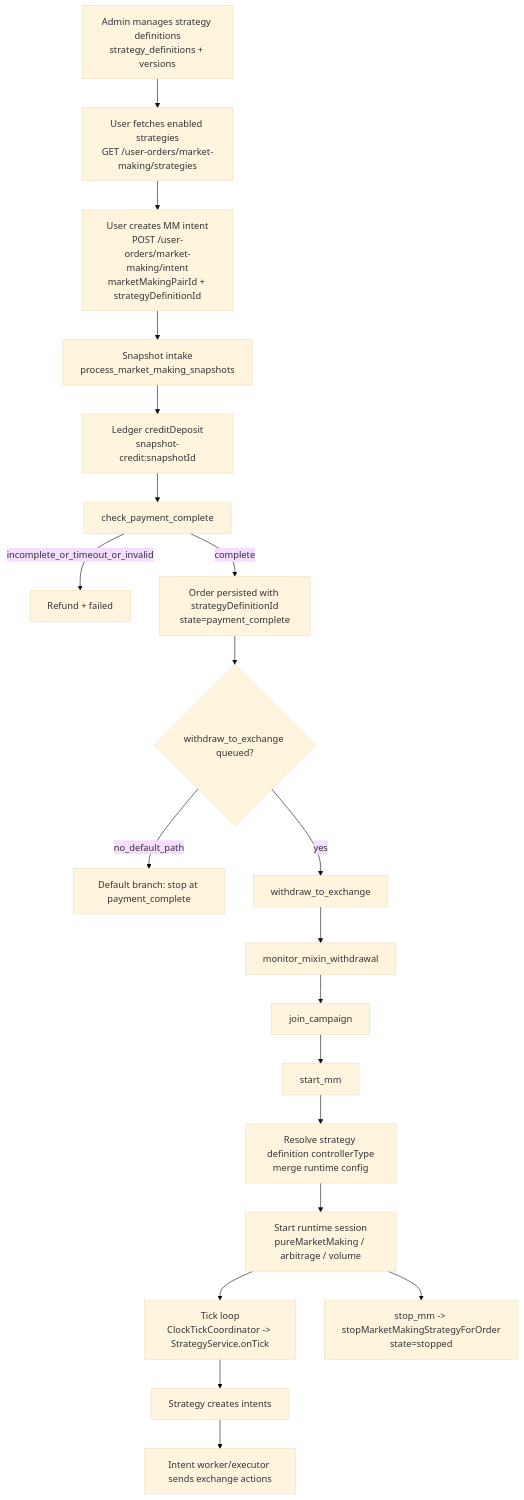
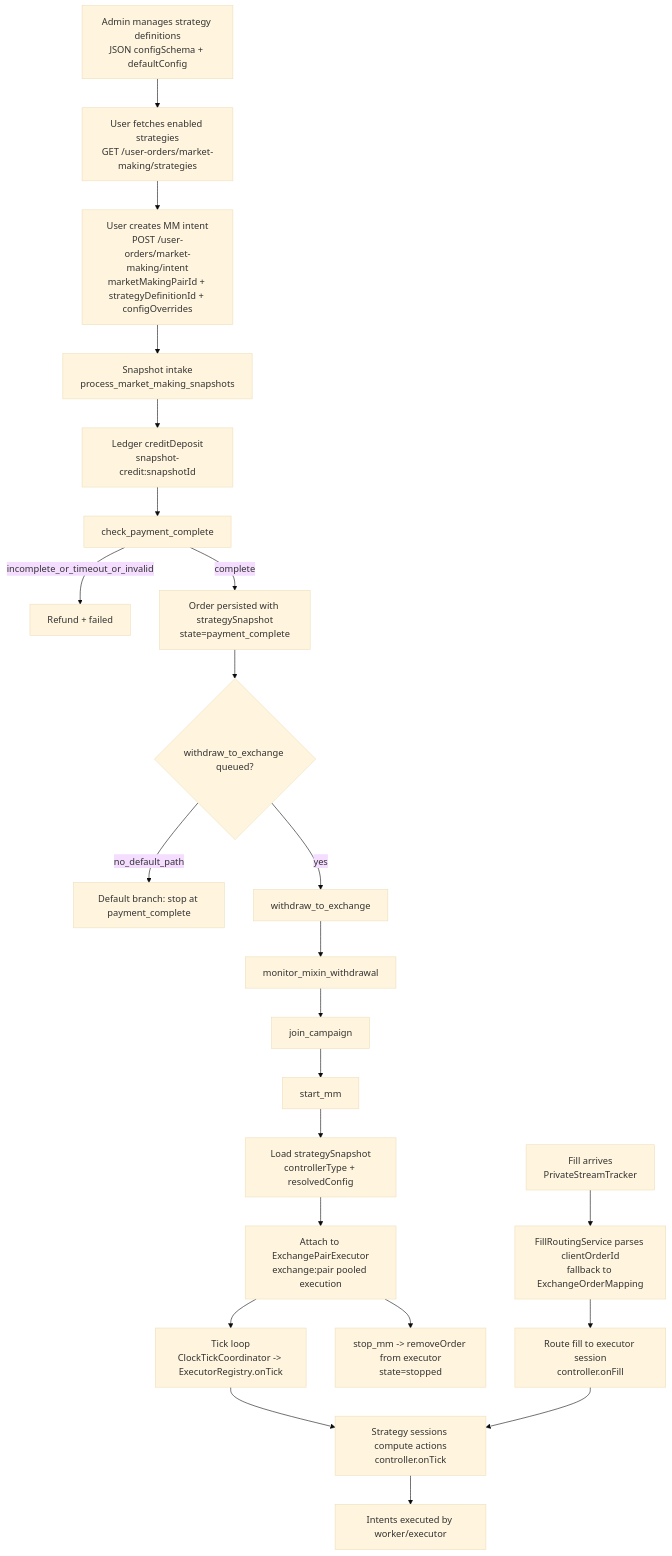
Before and after one commit to zed-wong/Mr.Market: the diagram in docs/execution/flow/MARKET_MAKING_FLOW.md, drawn with Mermaid (base theme). The commit also changed other lines of this file and 6 other files, not shown here.

Commit message:
docs(server): sync pooled executor runtime docs

````diff
--- a/docs/execution/flow/MARKET_MAKING_FLOW.md
+++ b/docs/execution/flow/MARKET_MAKING_FLOW.md
@@ -31,43 +48,49 @@
 ```mermaid
 flowchart TD
-  A[Admin manages strategy definitions<br/>strategy_definitions + versions]
+  A[Admin manages strategy definitions<br/>JSON configSchema + defaultConfig]
   B[User fetches enabled strategies<br/>GET /user-orders/market-making/strategies]
-  C[User creates MM intent<br/>POST /user-orders/market-making/intent<br/>marketMakingPairId + strategyDefinitionId]
+  C[User creates MM intent<br/>POST /user-orders/market-making/intent<br/>marketMakingPairId + strategyDefinitionId + configOverrides]
   D[Snapshot intake<br/>process_market_making_snapshots]
   E[Ledger creditDeposit<br/>snapshot-credit:snapshotId]
   F[check_payment_complete]
   G[Refund + failed]
-  H[Order persisted with strategyDefinitionId<br/>state=payment_complete]
+  H[Order persisted with strategySnapshot<br/>state=payment_complete]
   I{withdraw_to_exchange queued?}
   J[Default branch: stop at payment_complete]
   K[withdraw_to_exchange]
   L[monitor_mixin_withdrawal]
   M[join_campaign]
   N[start_mm]
-  O[Resolve strategy definition controllerType<br/>merge runtime config]
-  P[Start runtime session<br/>pureMarketMaking / arbitrage / volume]
-  Q[Tick loop<br/>ClockTickCoordinator -> StrategyService.onTick]
-  R[Strategy creates intents]
-  S[Intent worker/executor sends exchange actions]
-  T[stop_mm -> stopMarketMakingStrategyForOrder<br/>state=stopped]
+  O[Load strategySnapshot<br/>controllerType + resolvedConfig]
+  P[Attach to ExchangePairExecutor<br/>exchange:pair pooled execution]
+  Q[Tick loop<br/>ClockTickCoordinator -> ExecutorRegistry.onTick]
+  R[Strategy sessions compute actions<br/>controller.onTick]
+  S[Intents executed by worker/executor]
+  T[Fill arrives<br/>PrivateStreamTracker]
+  U[FillRoutingService parses clientOrderId<br/>fallback to ExchangeOrderMapping]
+  V[Route fill to executor session<br/>controller.onFill]
+  W[stop_mm -> removeOrder from executor<br/>state=stopped]
 
   A --> B
   B --> C
   C --> D
   D --> E
   E --> F
   F -->|incomplete_or_timeout_or_invalid| G
   F -->|complete| H
   H --> I
   I -->|no_default_path| J
   I -->|yes| K
   K --> L
   L --> M
   M --> N
   N --> O
   O --> P
   P --> Q
   Q --> R
   R --> S
-  P --> T
+  T --> U
+  U --> V
+  V --> R
+  P --> W
 ```
````
